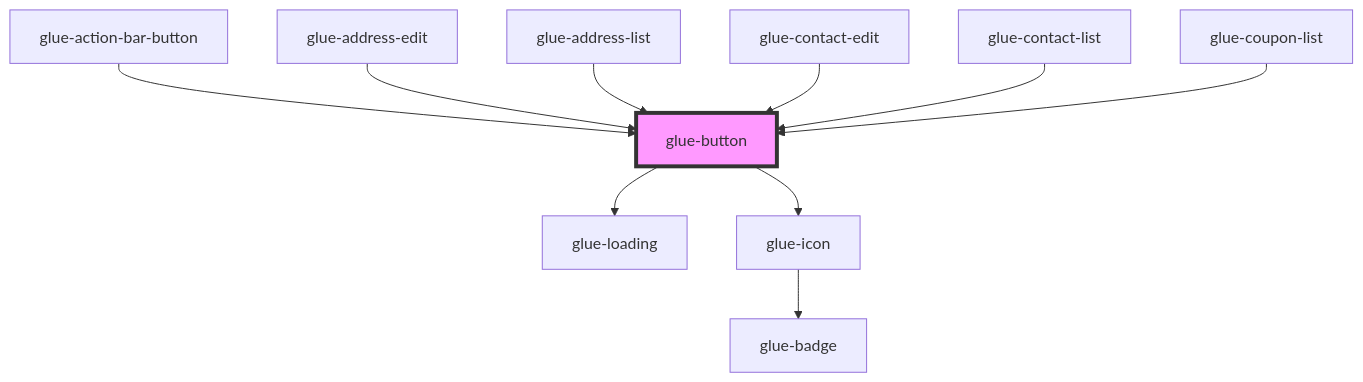
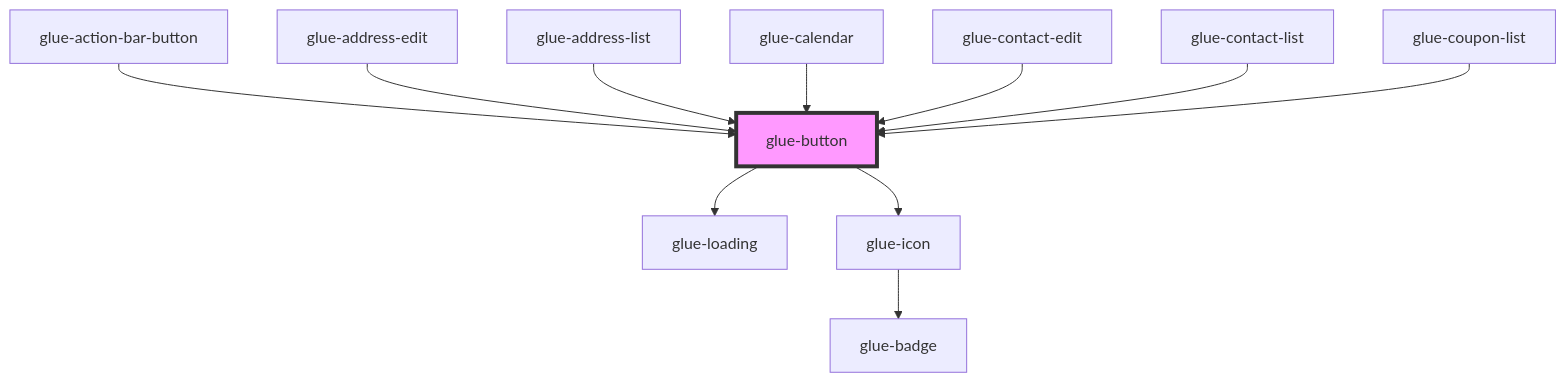
One commit to grasilife/glue changed the diagram in packages/glue-components/src/components/glue-button/readme.md. Above: the diagram before and after it, drawn with Mermaid. The commit also changed other lines of this file and 10 other files, not shown here.

````diff
--- a/packages/glue-components/src/components/glue-button/readme.md
+++ b/packages/glue-components/src/components/glue-button/readme.md
@@ -57,13 +58,14 @@
 ```mermaid
 graph TD;
   glue-button --> glue-loading
   glue-button --> glue-icon
   glue-icon --> glue-badge
   glue-action-bar-button --> glue-button
   glue-address-edit --> glue-button
   glue-address-list --> glue-button
+  glue-calendar --> glue-button
   glue-contact-edit --> glue-button
   glue-contact-list --> glue-button
   glue-coupon-list --> glue-button
   style glue-button fill:#f9f,stroke:#333,stroke-width:4px
 ```
````
